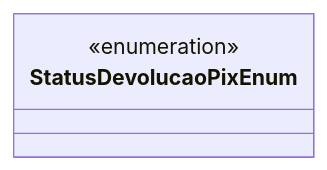
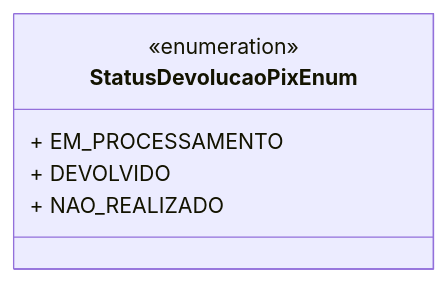
Before and after one commit to IsthmusSistemas/documentacao-tecnica: the diagram in docs/b2b-dominio/IsthmusWinthor.Nucleo/IsthmusWinthor.Dominio/Enumeradores/StatusDevolucaoPixEnum.md, drawn with Mermaid. The commit also changed other lines of this file and 882 other files, not shown here.

````diff
--- a/docs/b2b-dominio/IsthmusWinthor.Nucleo/IsthmusWinthor.Dominio/Enumeradores/StatusDevolucaoPixEnum.md
+++ b/docs/b2b-dominio/IsthmusWinthor.Nucleo/IsthmusWinthor.Dominio/Enumeradores/StatusDevolucaoPixEnum.md
@@ -20,6 +12,9 @@
 ```mermaid
 classDiagram
     class StatusDevolucaoPixEnum {
         <<enumeration>>
+        + EM_PROCESSAMENTO
+        + DEVOLVIDO
+        + NAO_REALIZADO
     }
 ```
````
